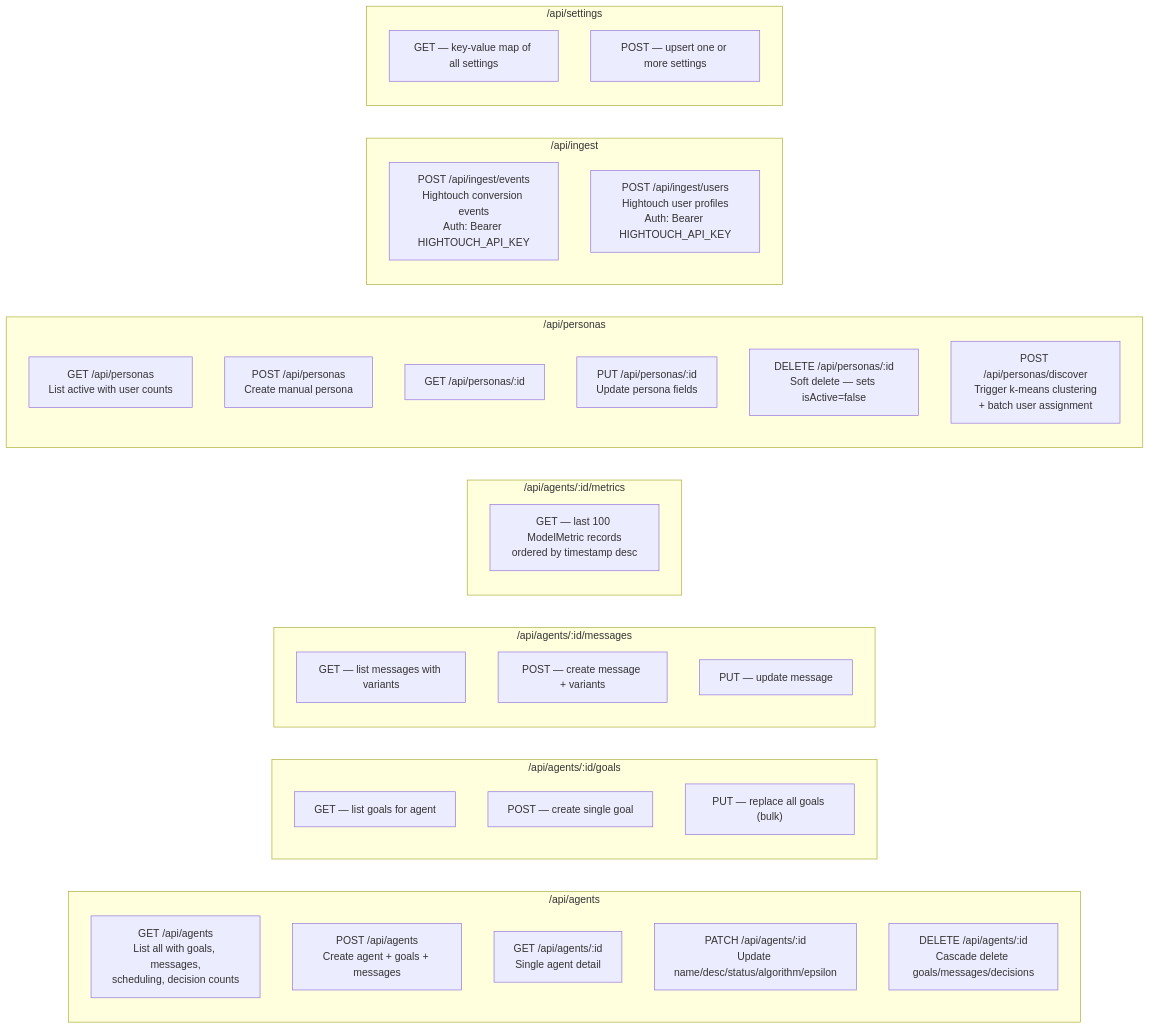
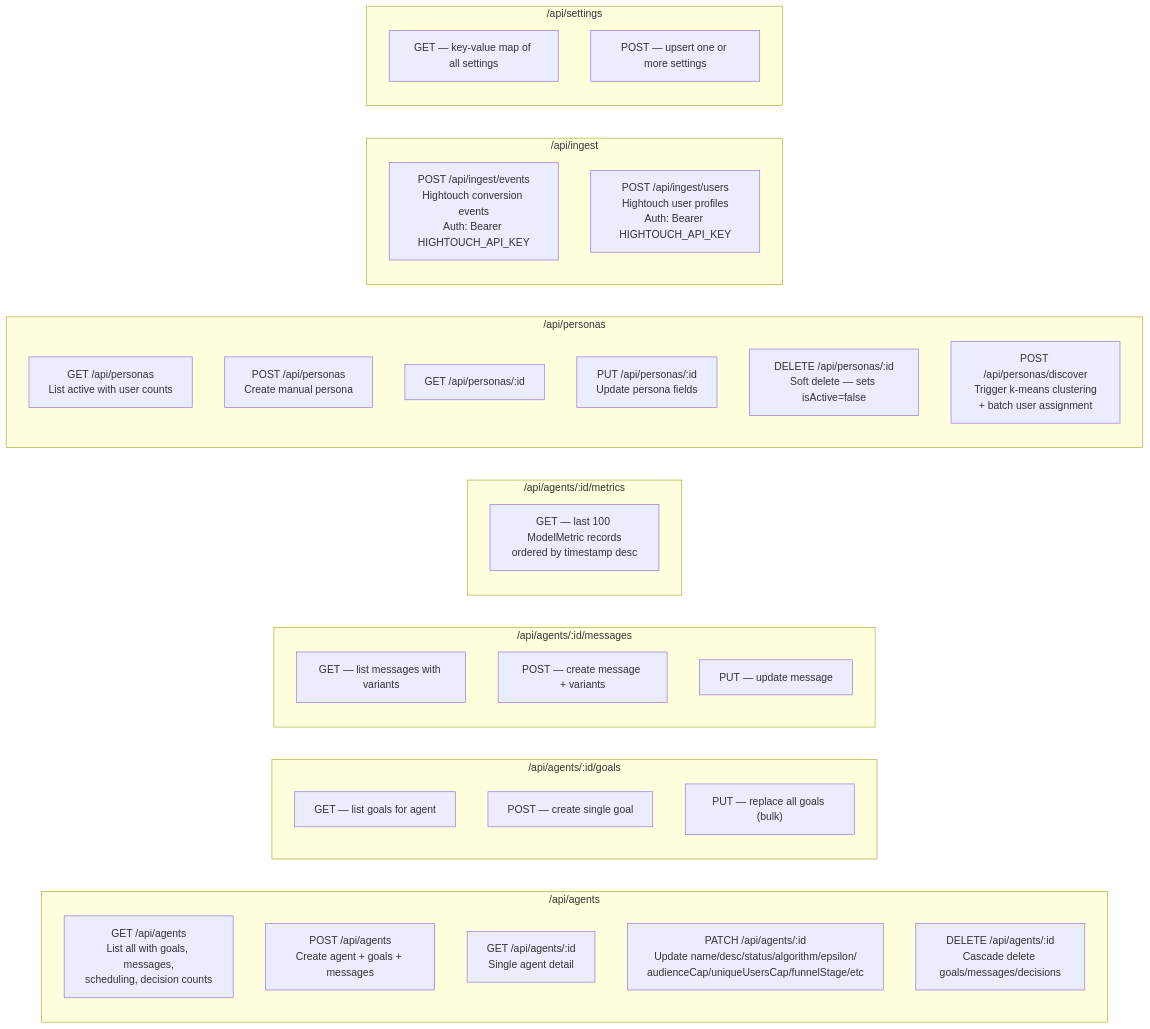
One commit to ender1311/nexusAi changed the diagram in docs/api-routes.md. Above: the diagram before and after it, drawn with Mermaid. The commit also changed other lines of this file and 10 other files, not shown here.

First line of the commit message:
fix(agents): correct externalUserId → userId in unique-users raw query + add tests and hooks

````diff
--- a/docs/api-routes.md
+++ b/docs/api-routes.md
@@ -5,45 +5,45 @@
 ```mermaid
 graph LR
     subgraph Agents["/api/agents"]
         A1["GET /api/agents<br/>List all with goals, messages,<br/>scheduling, decision counts"]
         A2["POST /api/agents<br/>Create agent + goals + messages"]
         A3["GET /api/agents/:id<br/>Single agent detail"]
-        A4["PATCH /api/agents/:id<br/>Update name/desc/status/algorithm/epsilon"]
+        A4["PATCH /api/agents/:id<br/>Update name/desc/status/algorithm/epsilon/<br/>audienceCap/uniqueUsersCap/funnelStage/etc"]
         A5["DELETE /api/agents/:id<br/>Cascade delete goals/messages/decisions"]
     end
 
     subgraph Goals["/api/agents/:id/goals"]
         G1["GET — list goals for agent"]
         G2["POST — create single goal"]
         G3["PUT — replace all goals (bulk)"]
     end
 
     subgraph Messages["/api/agents/:id/messages"]
         M1["GET — list messages with variants"]
         M2["POST — create message + variants"]
         M3["PUT — update message"]
     end
 
     subgraph Metrics["/api/agents/:id/metrics"]
         ME1["GET — last 100 ModelMetric records<br/>ordered by timestamp desc"]
     end
 
     subgraph Personas["/api/personas"]
         P1["GET /api/personas<br/>List active with user counts"]
         P2["POST /api/personas<br/>Create manual persona"]
         P3["GET /api/personas/:id"]
         P4["PUT /api/personas/:id<br/>Update persona fields"]
         P5["DELETE /api/personas/:id<br/>Soft delete — sets isActive=false"]
         P6["POST /api/personas/discover<br/>Trigger k-means clustering<br/>+ batch user assignment"]
     end
 
     subgraph Ingest["/api/ingest"]
         I1["POST /api/ingest/events<br/>Hightouch conversion events<br/>Auth: Bearer HIGHTOUCH_API_KEY"]
         I2["POST /api/ingest/users<br/>Hightouch user profiles<br/>Auth: Bearer HIGHTOUCH_API_KEY"]
     end
 
     subgraph Settings["/api/settings"]
         S1["GET — key-value map of all settings"]
         S2["POST — upsert one or more settings"]
     end
 ```
````
